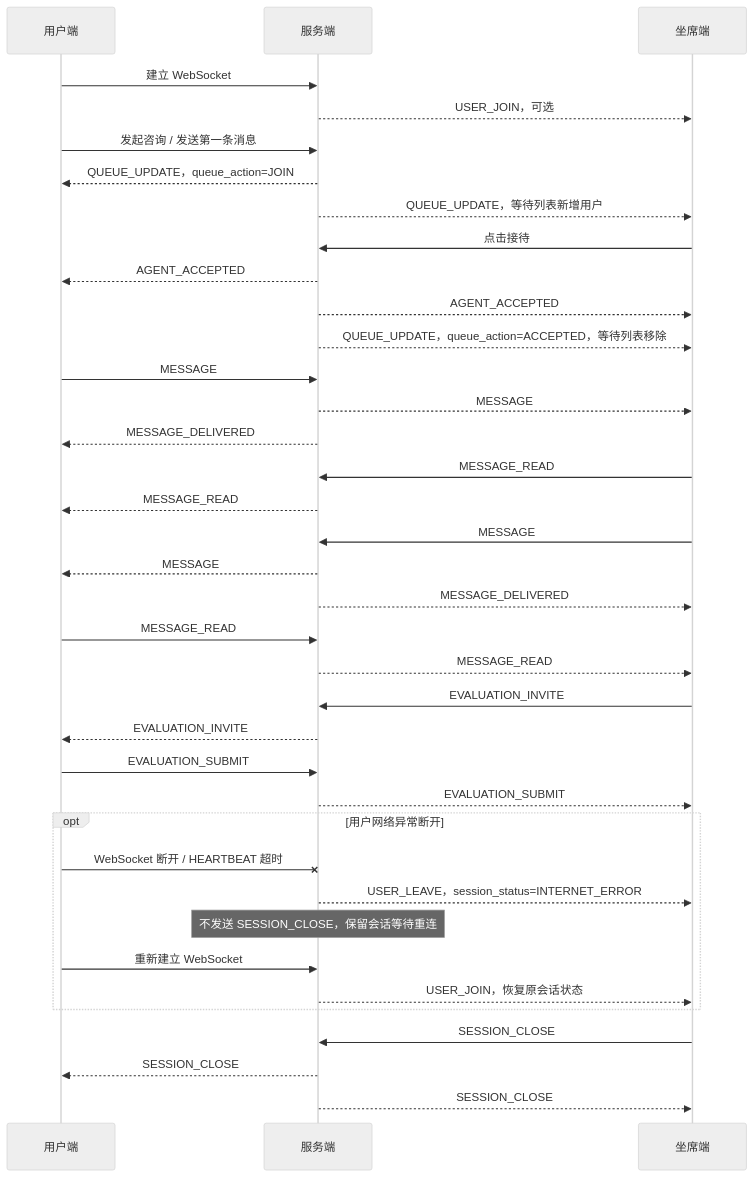
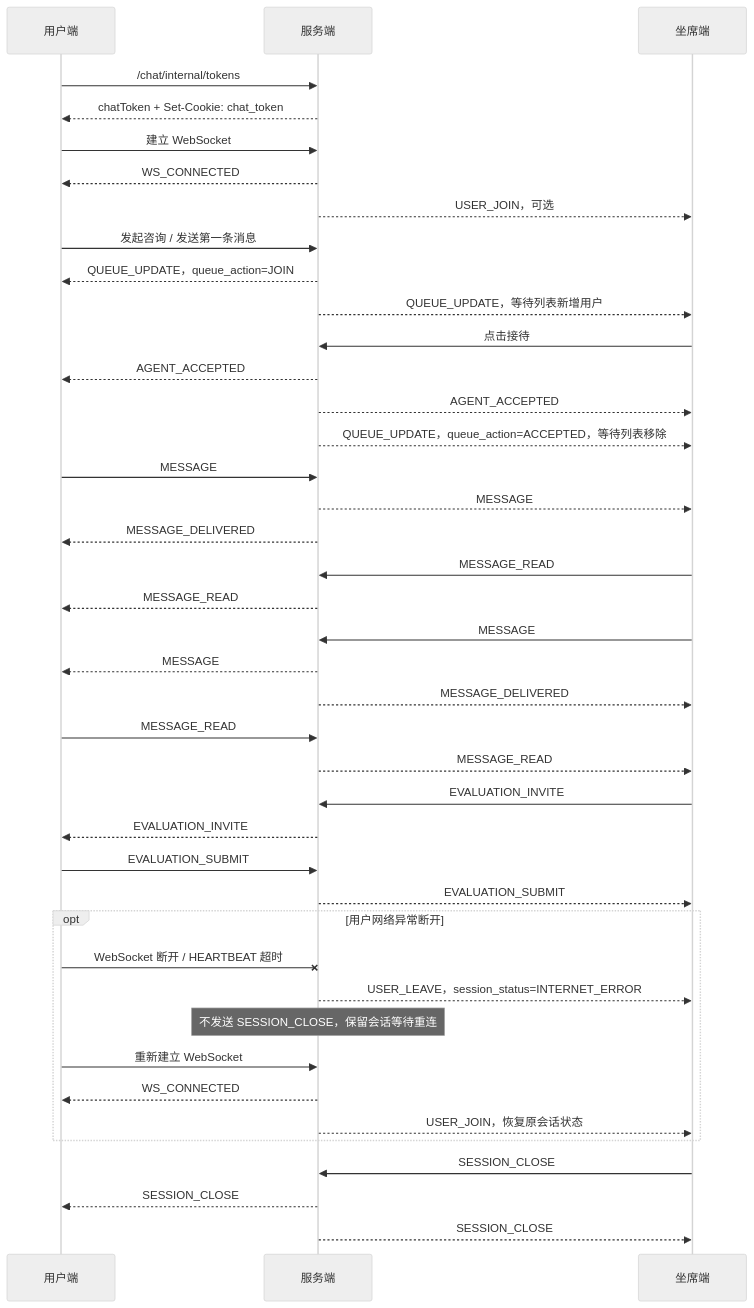
Before and after one commit to colbort/wklive: the diagram in proto/chat/chat_event_flow.md, drawn with Mermaid (neutral theme). The commit also changed other lines of this file and 4 other files, not shown here.

````diff
--- a/proto/chat/chat_event_flow.md
+++ b/proto/chat/chat_event_flow.md
@@ -722,50 +744,54 @@
 ```mermaid
 sequenceDiagram
     participant U as 用户端
     participant S as 服务端
     participant A as 坐席端
 
+    U->>S: /chat/internal/tokens
+    S-->>U: chatToken + Set-Cookie: chat_token
     U->>S: 建立 WebSocket
+    S-->>U: WS_CONNECTED
     S-->>A: USER_JOIN，可选
 
     U->>S: 发起咨询 / 发送第一条消息
     S-->>U: QUEUE_UPDATE，queue_action=JOIN
     S-->>A: QUEUE_UPDATE，等待列表新增用户
 
     A->>S: 点击接待
     S-->>U: AGENT_ACCEPTED
     S-->>A: AGENT_ACCEPTED
     S-->>A: QUEUE_UPDATE，queue_action=ACCEPTED，等待列表移除
 
     U->>S: MESSAGE
     S-->>A: MESSAGE
     S-->>U: MESSAGE_DELIVERED
 
     A->>S: MESSAGE_READ
     S-->>U: MESSAGE_READ
 
     A->>S: MESSAGE
     S-->>U: MESSAGE
     S-->>A: MESSAGE_DELIVERED
 
     U->>S: MESSAGE_READ
     S-->>A: MESSAGE_READ
 
     A->>S: EVALUATION_INVITE
     S-->>U: EVALUATION_INVITE
 
     U->>S: EVALUATION_SUBMIT
     S-->>A: EVALUATION_SUBMIT
 
     opt 用户网络异常断开
         U-x S: WebSocket 断开 / HEARTBEAT 超时
         S-->>A: USER_LEAVE，session_status=INTERNET_ERROR
         Note over S: 不发送 SESSION_CLOSE，保留会话等待重连
         U->>S: 重新建立 WebSocket
+        S-->>U: WS_CONNECTED
         S-->>A: USER_JOIN，恢复原会话状态
     end
 
     A->>S: SESSION_CLOSE
     S-->>U: SESSION_CLOSE
     S-->>A: SESSION_CLOSE
 ```
````
